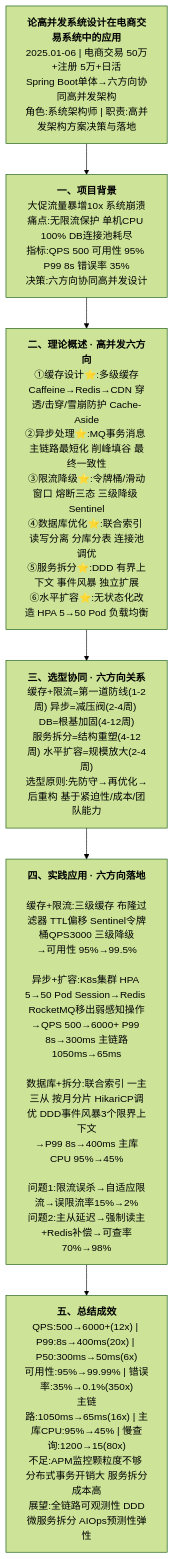
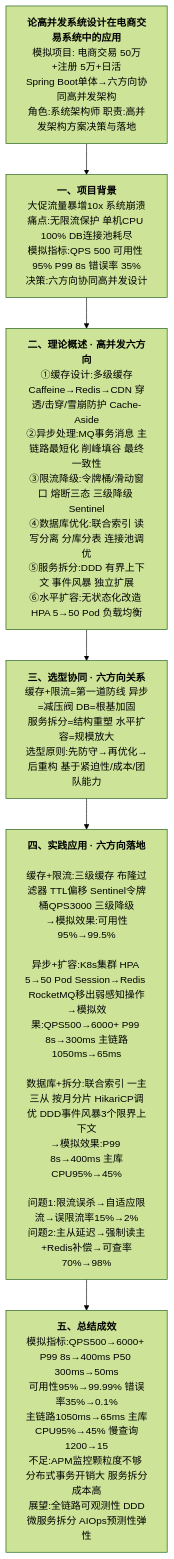
Before and after one commit to EdgarLQS/SoftwareArchitectureExamGuide: the first of 6 diagrams in 02-论文专题/0011-性能优化/00-大纲记忆卡.md, drawn with Mermaid (forest theme). The commit also changed other lines of this file, not shown here.

````diff
--- a/02-论文专题/0011-性能优化/00-大纲记忆卡.md
+++ b/02-论文专题/0011-性能优化/00-大纲记忆卡.md
@@ -13,14 +30,14 @@
 ```mermaid
 graph TD
-    ROOT["<b>论高并发系统设计在电商交易系统中的应用</b><br/>2025.01-06 | 电商交易 50万+注册 5万+日活<br/>Spring Boot单体→六方向协同高并发架构<br/>角色:系统架构师 | 职责:高并发架构方案决策与落地"]
+    ROOT["<b>论高并发系统设计在电商交易系统中的应用</b><br/>模拟项目: 电商交易 50万+注册 5万+日活<br/>Spring Boot单体→六方向协同高并发架构<br/>角色:系统架构师 职责:高并发架构方案决策与落地"]
 
-    ROOT --> P1["<b>一、项目背景</b><br/>大促流量暴增10x 系统崩溃<br/>痛点:无限流保护 单机CPU 100% DB连接池耗尽<br/>指标:QPS 500 可用性 95% P99 8s 错误率 35%<br/>决策:六方向协同高并发设计"]
+    ROOT --> P1["<b>一、项目背景</b><br/>大促流量暴增10x 系统崩溃<br/>痛点:无限流保护 单机CPU 100% DB连接池耗尽<br/>模拟指标:QPS 500 可用性 95% P99 8s 错误率 35%<br/>决策:六方向协同高并发设计"]
 
-    P1 --> P2["<b>二、理论概述 · 高并发六方向</b><br/>①缓存设计⭐:多级缓存Caffeine→Redis→CDN 穿透/击穿/雪崩防护 Cache-Aside<br/>②异步处理⭐:MQ事务消息 主链路最短化 削峰填谷 最终一致性<br/>③限流降级⭐:令牌桶/滑动窗口 熔断三态 三级降级 Sentinel<br/>④数据库优化⭐:联合索引 读写分离 分库分表 连接池调优<br/>⑤服务拆分⭐:DDD 有界上下文 事件风暴 独立扩展<br/>⑥水平扩容⭐:无状态化改造 HPA 5→50 Pod 负载均衡"]
+    P1 --> P2["<b>二、理论概述 · 高并发六方向</b><br/>①缓存设计:多级缓存Caffeine→Redis→CDN 穿透/击穿/雪崩防护 Cache-Aside<br/>②异步处理:MQ事务消息 主链路最短化 削峰填谷 最终一致性<br/>③限流降级:令牌桶/滑动窗口 熔断三态 三级降级 Sentinel<br/>④数据库优化:联合索引 读写分离 分库分表 连接池调优<br/>⑤服务拆分:DDD 有界上下文 事件风暴 独立扩展<br/>⑥水平扩容:无状态化改造 HPA 5→50 Pod 负载均衡"]
 
-    P2 --> P3["<b>三、选型协同 · 六方向关系</b><br/>缓存+限流=第一道防线(1-2周) 异步=减压阀(2-4周) DB=根基加固(4-12周)<br/>服务拆分=结构重塑(4-12周) 水平扩容=规模放大(2-4周)<br/>选型原则:先防守→再优化→后重构 基于紧迫性/成本/团队能力"]
+    P2 --> P3["<b>三、选型协同 · 六方向关系</b><br/>缓存+限流=第一道防线 异步=减压阀 DB=根基加固<br/>服务拆分=结构重塑 水平扩容=规模放大<br/>选型原则:先防守→再优化→后重构 基于紧迫性/成本/团队能力"]
 
-    P3 --> P4["<b>四、实践应用 · 六方向落地</b><br/><br/>缓存+限流:三级缓存 布隆过滤器 TTL偏移 Sentinel令牌桶QPS3000 三级降级<br/>→可用性 95%→99.5%<br/><br/>异步+扩容:K8s集群 HPA 5→50 Pod Session→Redis RocketMQ移出弱感知操作<br/>→QPS 500→6000+ P99 8s→300ms 主链路1050ms→65ms<br/><br/>数据库+拆分:联合索引 一主三从 按月分片 HikariCP调优 DDD事件风暴3个限界上下文<br/>→P99 8s→400ms 主库CPU 95%→45%<br/><br/>问题1:限流误杀→自适应限流→误限流率15%→2%<br/>问题2:主从延迟→强制读主+Redis补偿→可查率70%→98%"]
+    P3 --> P4["<b>四、实践应用 · 六方向落地</b><br/><br/>缓存+限流:三级缓存 布隆过滤器 TTL偏移 Sentinel令牌桶QPS3000 三级降级<br/>→模拟效果:可用性95%→99.5%<br/><br/>异步+扩容:K8s集群 HPA 5→50 Pod Session→Redis RocketMQ移出弱感知操作<br/>→模拟效果:QPS500→6000+ P99 8s→300ms 主链路1050ms→65ms<br/><br/>数据库+拆分:联合索引 一主三从 按月分片 HikariCP调优 DDD事件风暴3个限界上下文<br/>→模拟效果:P99 8s→400ms 主库CPU95%→45%<br/><br/>问题1:限流误杀→自适应限流→误限流率15%→2%<br/>问题2:主从延迟→强制读主+Redis补偿→可查率70%→98%"]
 
-    P4 --> P5["<b>五、总结成效</b><br/>QPS:500→6000+(12x) | P99:8s→400ms(20x) | P50:300ms→50ms(6x)<br/>可用性:95%→99.99% | 错误率:35%→0.1%(350x)<br/>主链路:1050ms→65ms(16x) | 主库CPU:95%→45% | 慢查询:1200→15(80x)<br/>不足:APM监控颗粒度不够 分布式事务开销大 服务拆分成本高<br/>展望:全链路可观测性 DDD微服务拆分 AIOps预测性弹性"]
+    P4 --> P5["<b>五、总结成效</b><br/>模拟指标:QPS500→6000+ P99 8s→400ms P50 300ms→50ms<br/>可用性95%→99.99% 错误率35%→0.1%<br/>主链路1050ms→65ms 主库CPU95%→45% 慢查询1200→15<br/>不足:APM监控颗粒度不够 分布式事务开销大 服务拆分成本高<br/>展望:全链路可观测性 DDD微服务拆分 AIOps预测性弹性"]
 ```
````
